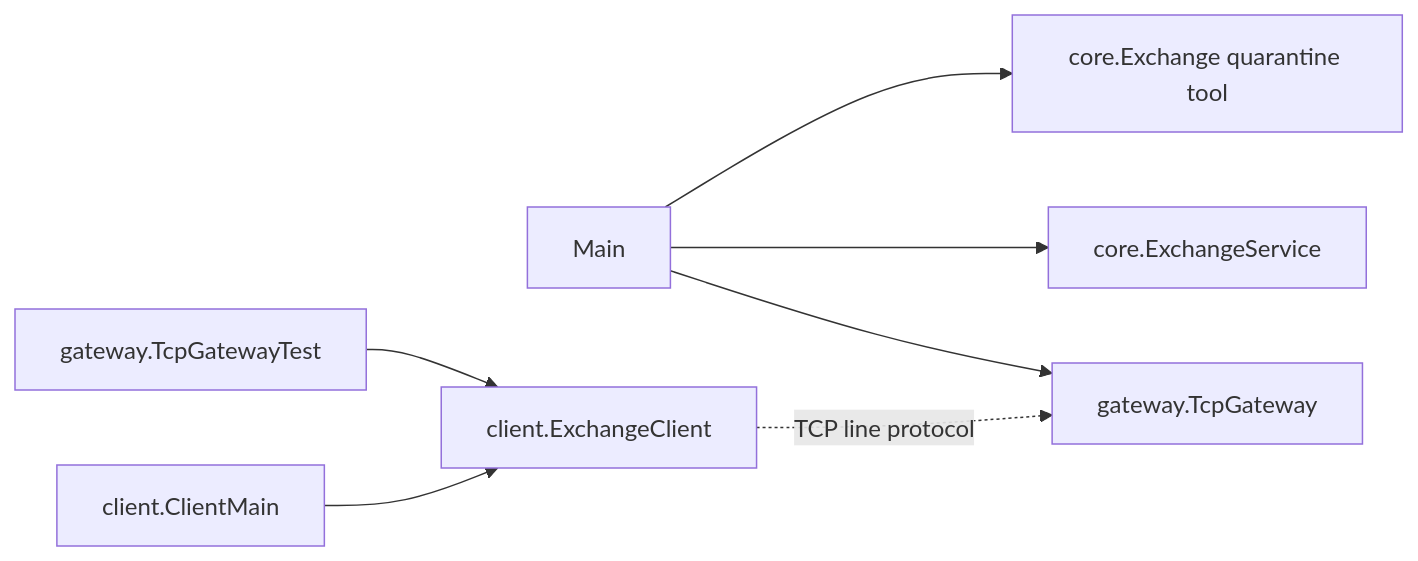
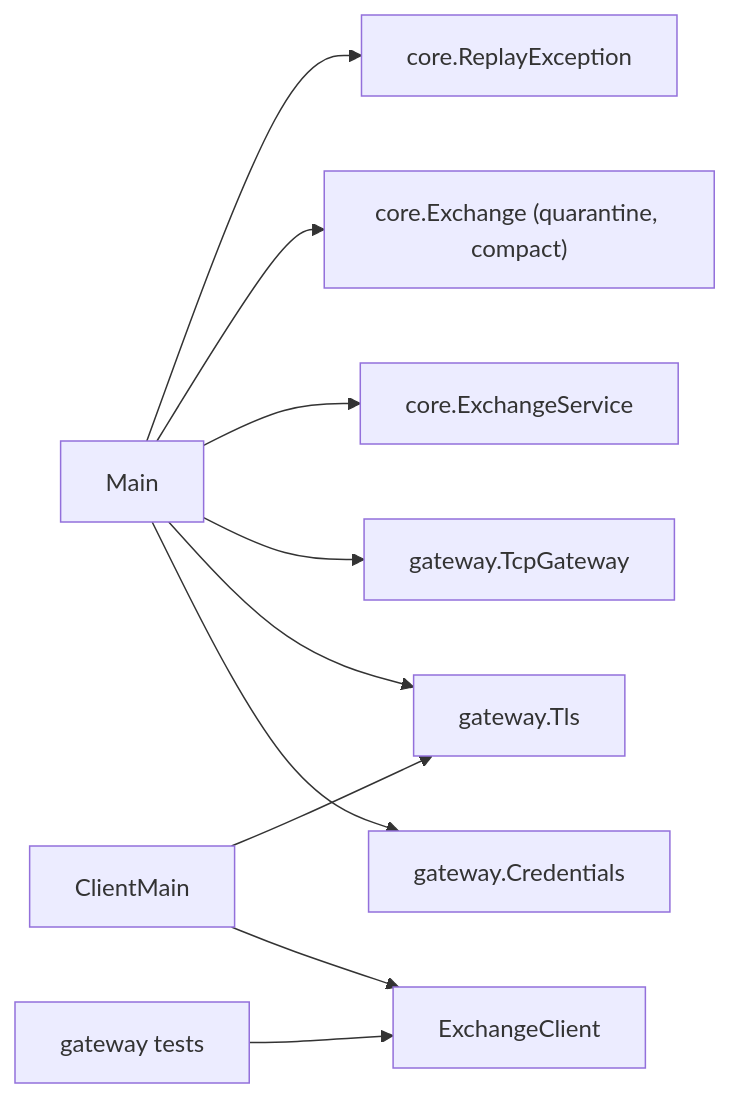
One commit to SampannaNampalli/ExchangeSystem changed the diagram in docs/understanding/07-modules/client-and-main.md. Above: the diagram before and after it, drawn with Mermaid. The commit also changed other lines of this file and 30 other files, not shown here.

````diff
--- a/docs/understanding/07-modules/client-and-main.md
+++ b/docs/understanding/07-modules/client-and-main.md
@@ -25,9 +25,12 @@
 ```mermaid
 flowchart LR
-    MAIN[Main] --> TG[gateway.TcpGateway]
-    MAIN --> ES[core.ExchangeService]
-    MAIN --> EX[core.Exchange quarantine tool]
-    CMAIN[client.ClientMain] --> EC[client.ExchangeClient]
-    EC -. TCP line protocol .-> TG
-    TEST[gateway.TcpGatewayTest] --> EC
+    Main --> Credentials["gateway.Credentials"]
+    Main --> Tls["gateway.Tls"]
+    Main --> TcpGateway["gateway.TcpGateway"]
+    Main --> ExchangeService["core.ExchangeService"]
+    Main --> Exchange["core.Exchange (quarantine, compact)"]
+    Main --> ReplayException["core.ReplayException"]
+    ClientMain --> ExchangeClient
+    ClientMain --> Tls
+    TcpGatewayTest["gateway tests"] --> ExchangeClient
 ```
````
